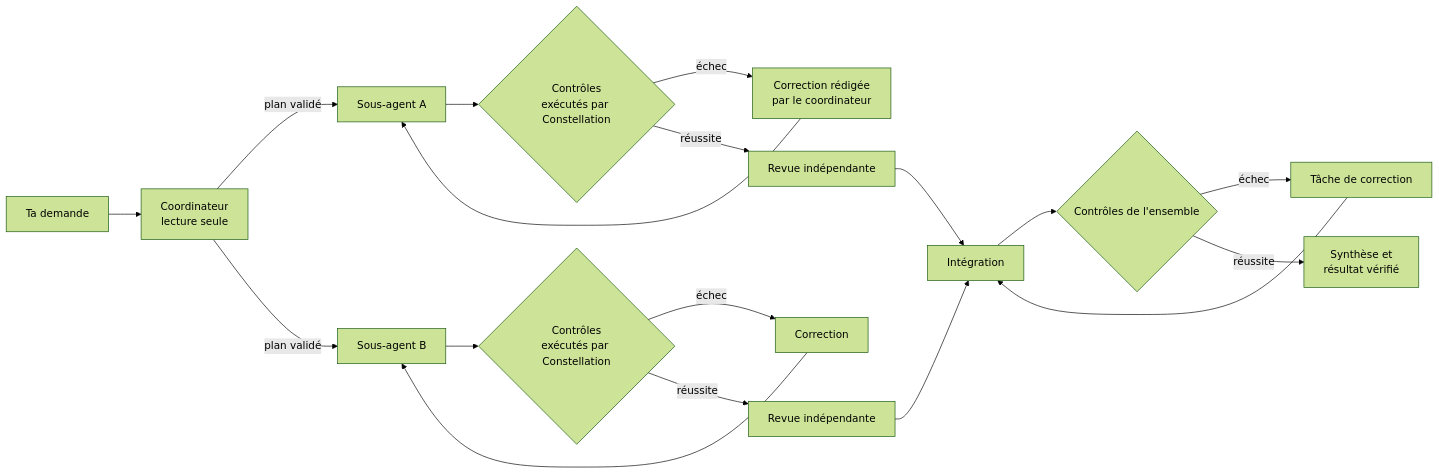
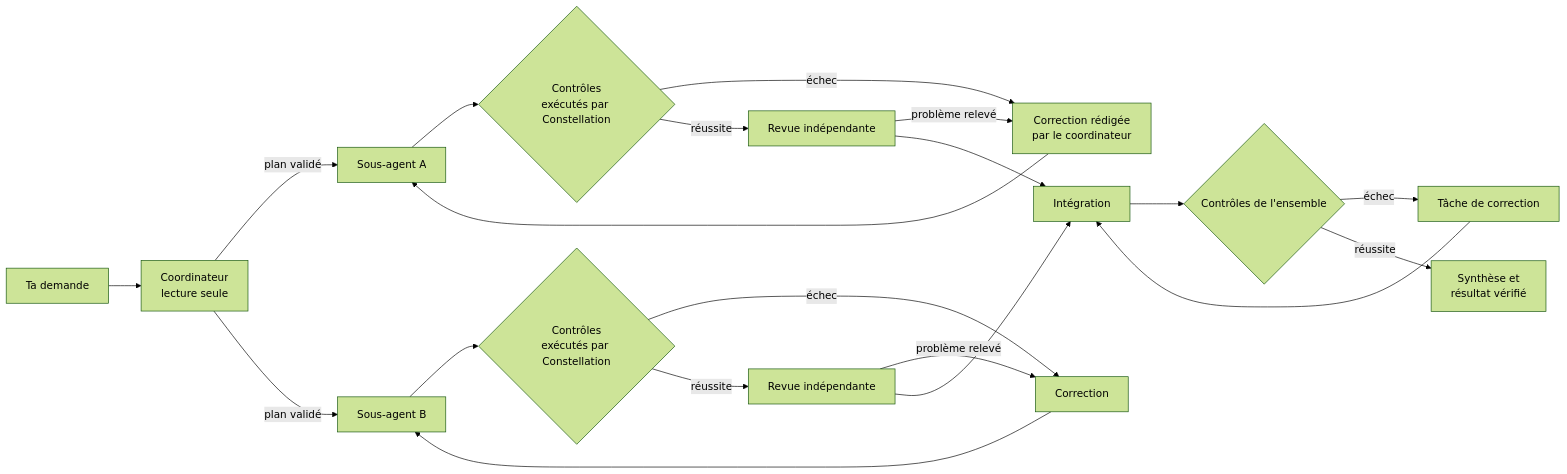
Before and after one commit to r97sgkjtdh-ops/constellation: the diagram in README.md, drawn with Mermaid (forest theme). The commit also changed other lines of this file, not shown here.

````diff
--- a/README.md
+++ b/README.md
@@ -238,17 +245,19 @@
 ```mermaid
 flowchart LR
     D[Ta demande] --> C[Coordinateur<br>lecture seule]
     C -->|plan validé| T1[Sous-agent A]
     C -->|plan validé| T2[Sous-agent B]
     T1 --> V1{Contrôles<br>exécutés par Constellation}
     T2 --> V2{Contrôles<br>exécutés par Constellation}
     V1 -->|échec| F1[Correction rédigée<br>par le coordinateur] --> T1
     V2 -->|échec| F2[Correction] --> T2
     V1 -->|réussite| R1[Revue indépendante]
     V2 -->|réussite| R2[Revue indépendante]
+    R1 -->|problème relevé| F1
+    R2 -->|problème relevé| F2
     R1 --> I[Intégration]
     R2 --> I
     I --> FC{"Contrôles de l'ensemble"}
     FC -->|échec| FX[Tâche de correction] --> I
     FC -->|réussite| S[Synthèse et<br>résultat vérifié]
 ```
````
